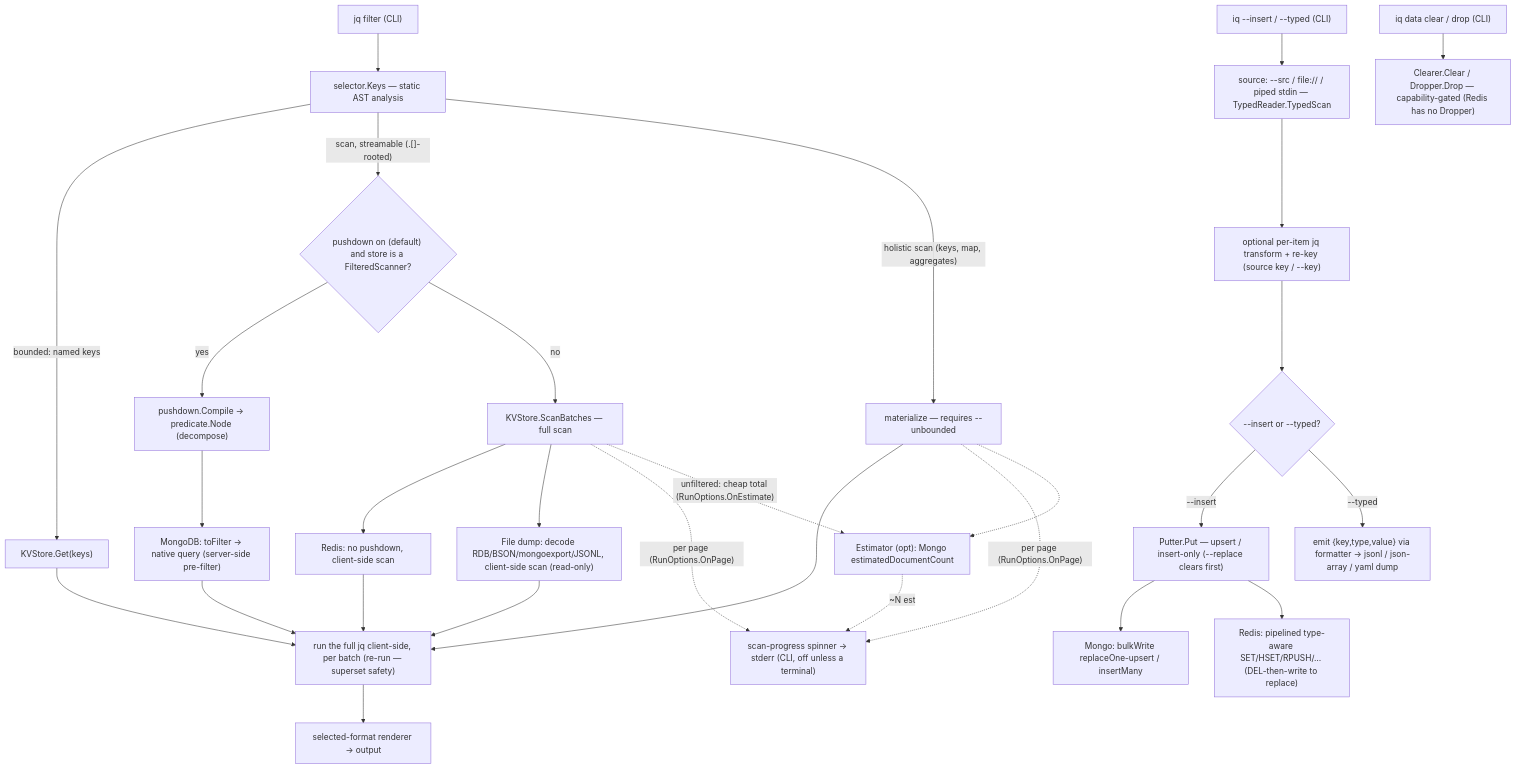
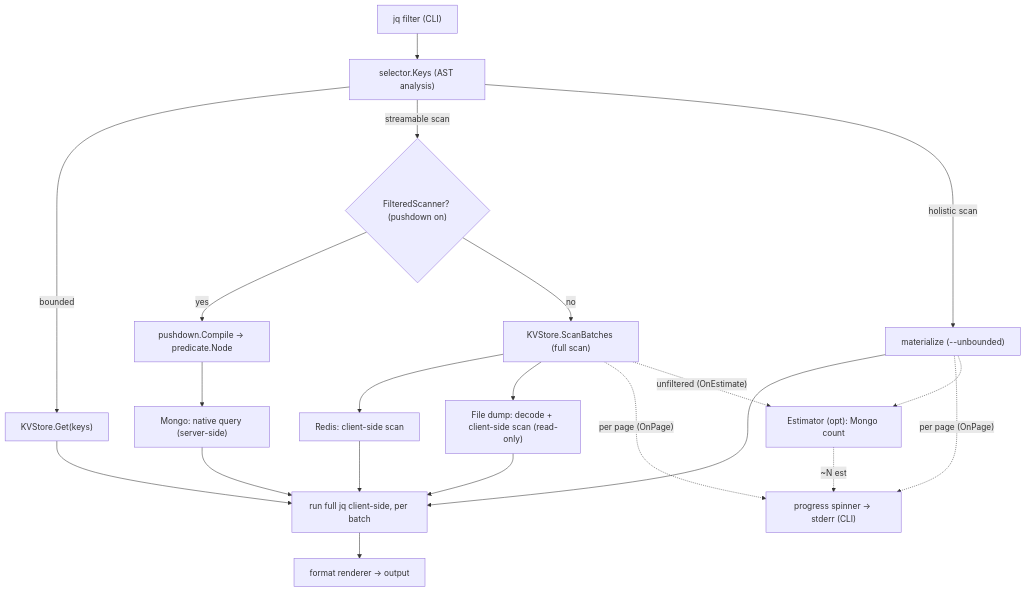
Before and after one commit to zsltg/iq: the first of 2 diagrams in README.md, drawn with Mermaid. The commit also changed other lines of this file, not shown here.

Commit message:
docs(readme): mark file:// in comparison table, split architecture diagram
Files column now shows a partial mark for iq's read-only file:// dumps,
with a clause explaining the partial reach; sq moved beside iq for easier
comparison. The architecture Mermaid diagram is split into read and write
paths with shortened node labels so it renders larger on GitHub.

````diff
--- a/README.md
+++ b/README.md
@@ -704,36 +706,27 @@
 ```mermaid
 graph TD
-  F["jq filter (CLI)"] --> SEL["selector.Keys — static AST analysis"]
-  SEL -->|"bounded: named keys"| GET["KVStore.Get(keys)"]
-  SEL -->|"scan, streamable (.[]-rooted)"| CMP{"pushdown on (default) and store is a FilteredScanner?"}
-  SEL -->|"holistic scan (keys, map, aggregates)"| MAT["materialize — requires --unbounded"]
+  F["jq filter (CLI)"] --> SEL["selector.Keys (AST analysis)"]
+  SEL -->|bounded| GET["KVStore.Get(keys)"]
+  SEL -->|"streamable scan"| CMP{"FilteredScanner? (pushdown on)"}
+  SEL -->|"holistic scan"| MAT["materialize (--unbounded)"]
 
-  CMP -->|yes| PD["pushdown.Compile → predicate.Node (decompose)"]
-  CMP -->|no| RS["KVStore.ScanBatches — full scan"]
+  CMP -->|yes| PD["pushdown.Compile → predicate.Node"]
+  CMP -->|no| RS["KVStore.ScanBatches (full scan)"]
 
-  PD --> MG["MongoDB: toFilter → native query (server-side pre-filter)"]
-  RS --> RD["Redis: no pushdown, client-side scan"]
-  RS --> FL["File dump: decode RDB/BSON/mongoexport/JSONL, client-side scan (read-only)"]
+  PD --> MG["Mongo: native query (server-side)"]
+  RS --> RD["Redis: client-side scan"]
+  RS --> FL["File dump: decode + client-side scan (read-only)"]
 
-  GET --> JQ["run the full jq client-side, per batch (re-run — superset safety)"]
+  GET --> JQ["run full jq client-side, per batch"]
   MAT --> JQ
   MG --> JQ
   RD --> JQ
   FL --> JQ
-  JQ --> OUT["selected-format renderer → output"]
+  JQ --> OUT["format renderer → output"]
 
-  RS -.->|"per page (RunOptions.OnPage)"| PROG["scan-progress spinner → stderr (CLI, off unless a terminal)"]
-  MAT -.->|"per page (RunOptions.OnPage)"| PROG
-  RS -.->|"unfiltered: cheap total (RunOptions.OnEstimate)"| EST["Estimator (opt): Mongo estimatedDocumentCount"]
+  RS -.->|"per page (OnPage)"| PROG["progress spinner → stderr (CLI)"]
+  MAT -.->|"per page (OnPage)"| PROG
+  RS -.->|"unfiltered (OnEstimate)"| EST["Estimator (opt): Mongo count"]
   MAT -.-> EST
   EST -.->|"~N est"| PROG
-
-  MV["iq --insert / --typed (CLI)"] --> MSRC["source: --src / file:// / piped stdin — TypedReader.TypedScan"]
-  MSRC --> TX["optional per-item jq transform + re-key (source key / --key)"]
-  TX --> DST{"--insert or --typed?"}
-  DST -->|--insert| PUT["Putter.Put — upsert / insert-only (--replace clears first)"]
-  DST -->|--typed| ENC["emit {key,type,value} via formatter → jsonl / json-array / yaml dump"]
-  PUT --> MW["Mongo: bulkWrite replaceOne-upsert / insertMany"]
-  PUT --> RW["Redis: pipelined type-aware SET/HSET/RPUSH/… (DEL-then-write to replace)"]
-  LF["iq data clear / drop (CLI)"] --> CAP["Clearer.Clear / Dropper.Drop — capability-gated (Redis has no Dropper)"]
 ```
````
